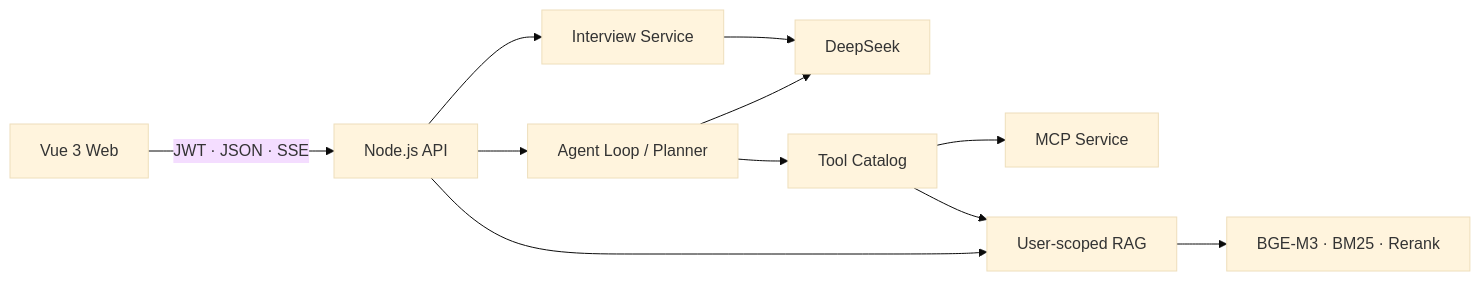
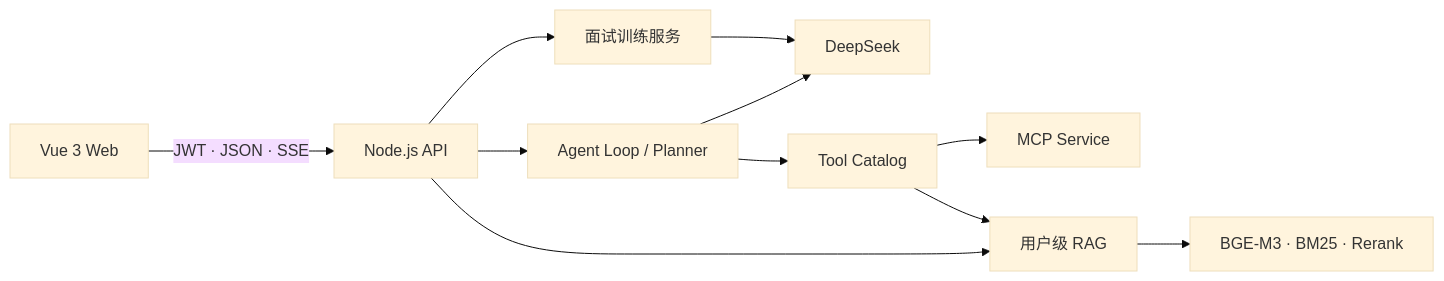
One commit to yiweiyih/InterviewOps changed the diagram in README.md. Above: the diagram before and after it, drawn with Mermaid (base theme). The commit also changed other lines of this file and 3 other files, not shown here.

````diff
--- a/README.md
+++ b/README.md
@@ -19,13 +69,13 @@
 ```mermaid
 flowchart LR
     WEB["Vue 3 Web"] -->|"JWT · JSON · SSE"| API["Node.js API"]
-    API --> INTERVIEW["Interview Service"]
+    API --> INTERVIEW["面试训练服务"]
     API --> AGENT["Agent Loop / Planner"]
-    API --> RAG["User-scoped RAG"]
+    API --> RAG["用户级 RAG"]
     INTERVIEW --> LLM["DeepSeek"]
     AGENT --> LLM
     AGENT --> TOOLS["Tool Catalog"]
     TOOLS --> MCP["MCP Service"]
     TOOLS --> RAG
     RAG --> RETRIEVAL["BGE-M3 · BM25 · Rerank"]
 ```
````
